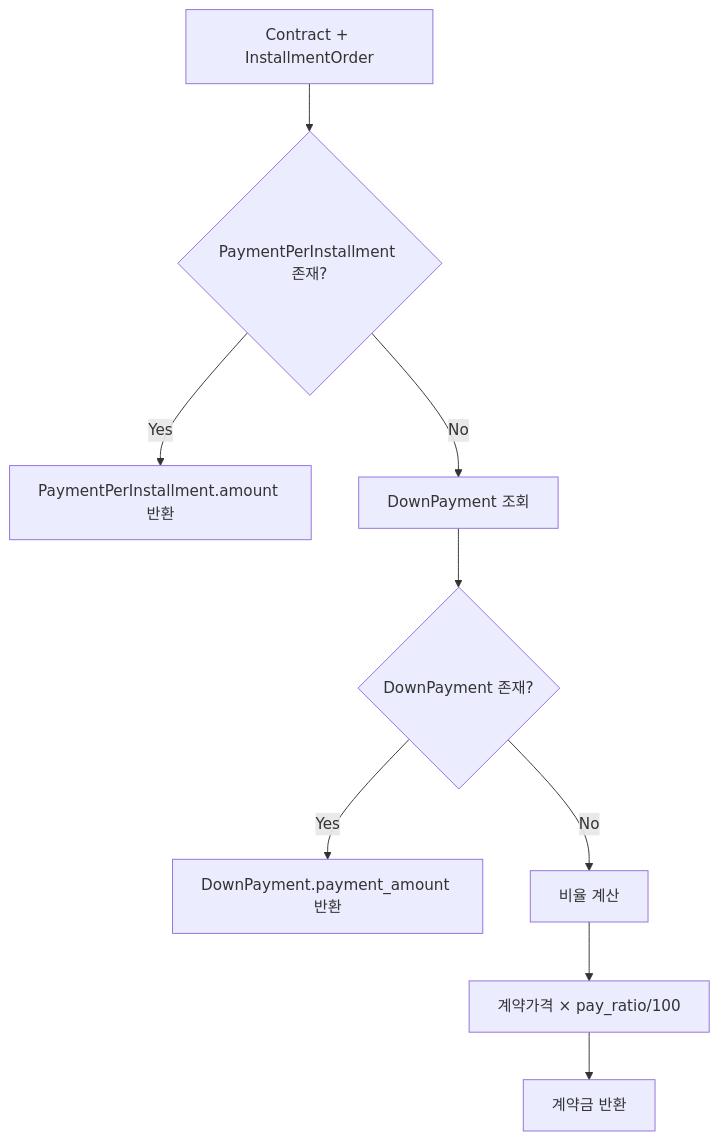
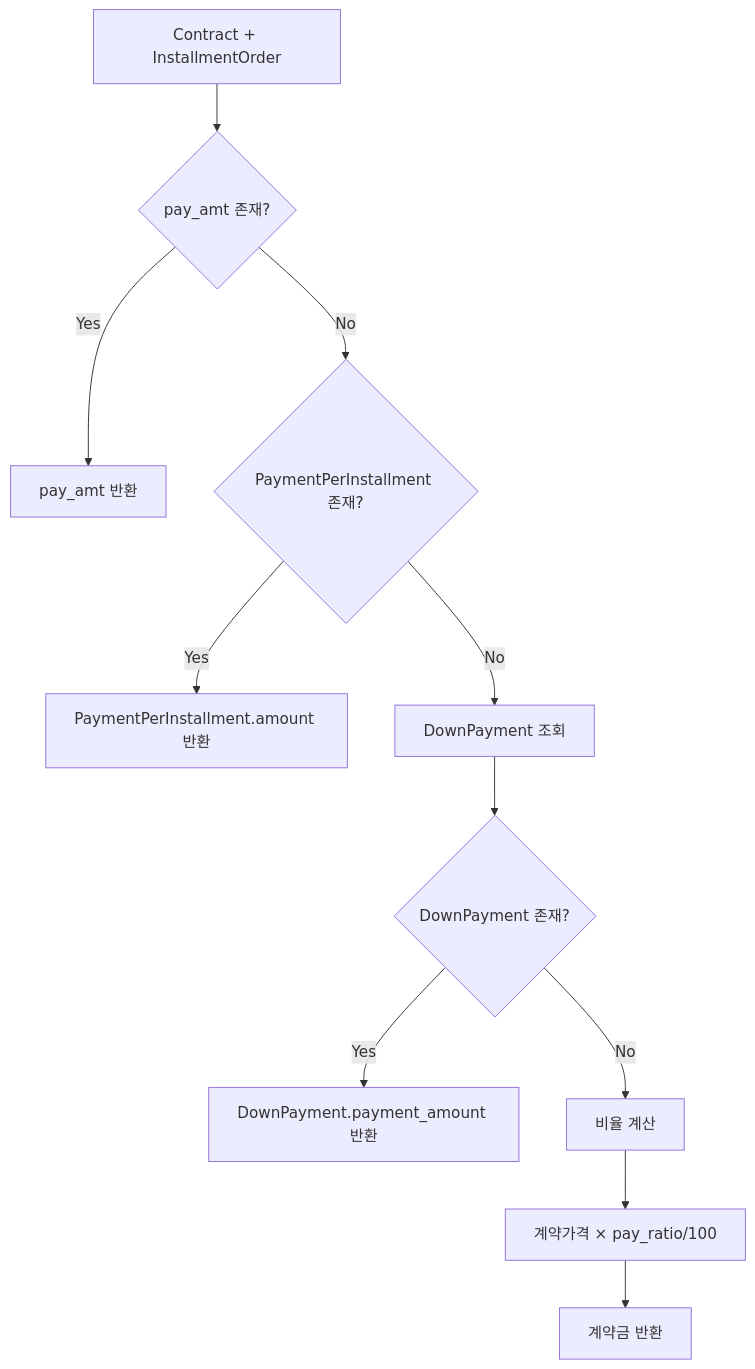
Before and after one commit to nc2U/ibs: the second of 2 diagrams in app/django/_utils/CONTRACT_PRICE_GUIDE.md, drawn with Mermaid. The commit also changed other lines of this file and 1 other file, not shown here.

Commit message:
contract_price.py update

````diff
--- a/app/django/_utils/CONTRACT_PRICE_GUIDE.md
+++ b/app/django/_utils/CONTRACT_PRICE_GUIDE.md
@@ -101,13 +104,16 @@
 ```mermaid
 graph TD
-    A[Contract + InstallmentOrder] --> B{PaymentPerInstallment 존재?}
-    B -->|Yes| C[PaymentPerInstallment.amount 반환]
-    B -->|No| D[DownPayment 조회]
+    A[Contract + InstallmentOrder] --> B{pay_amt 존재?}
+    B -->|Yes| C[pay_amt 반환]
+    B -->|No| D{PaymentPerInstallment 존재?}
 
-    D --> E{DownPayment 존재?}
-    E -->|Yes| F[DownPayment.payment_amount 반환]
-    E -->|No| G[비율 계산]
+    D -->|Yes| E[PaymentPerInstallment.amount 반환]
+    D -->|No| F[DownPayment 조회]
 
-    G --> H[계약가격 × pay_ratio/100]
-    H --> I[계약금 반환]
+    F --> G{DownPayment 존재?}
+    G -->|Yes| H[DownPayment.payment_amount 반환]
+    G -->|No| I[비율 계산]
+
+    I --> J[계약가격 × pay_ratio/100]
+    J --> K[계약금 반환]
 ```
````
